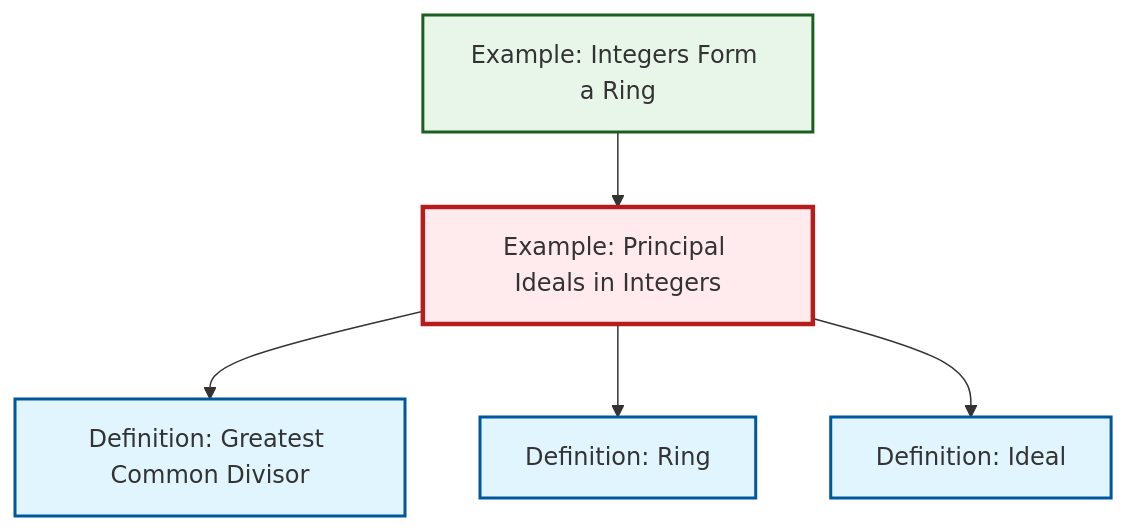
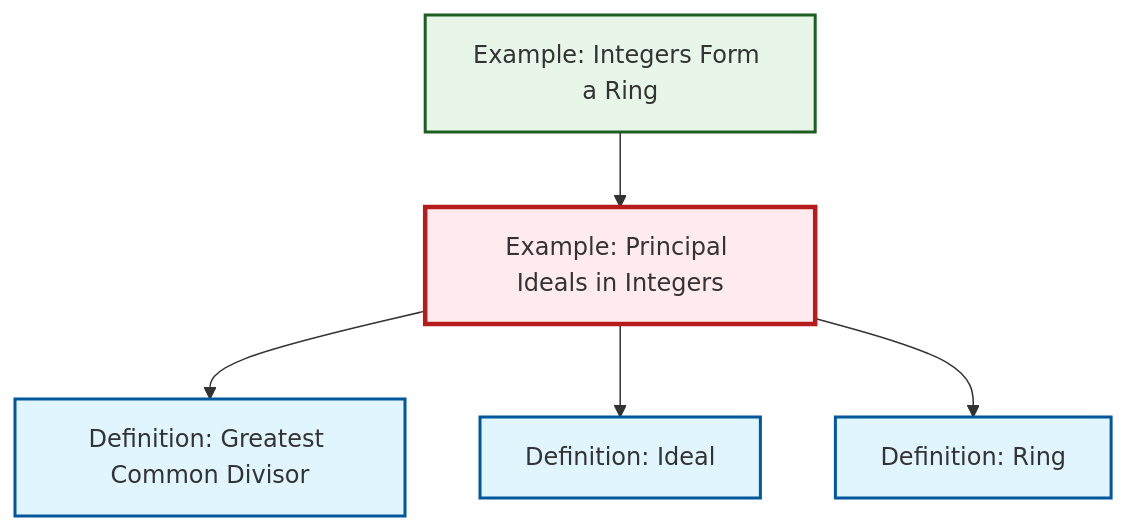
The diagram in content/en/algebra/ex-principal-ideal.qmd (RK0429/ModernMath), drawn with Mermaid before and after one commit. The commit also changed other lines of this file and 474 other files, not shown here.

````diff
--- a/content/en/algebra/ex-principal-ideal.qmd
+++ b/content/en/algebra/ex-principal-ideal.qmd
@@ -63,23 +63,23 @@
 ```{mermaid}
 %%| fig-cap: "Local dependency graph"
 graph TD
     classDef definition fill:#e1f5fe,stroke:#01579b,stroke-width:2px
     classDef theorem fill:#f3e5f5,stroke:#4a148c,stroke-width:2px
     classDef axiom fill:#fff3e0,stroke:#e65100,stroke-width:2px
     classDef example fill:#e8f5e9,stroke:#1b5e20,stroke-width:2px
     classDef current fill:#ffebee,stroke:#b71c1c,stroke-width:3px
-    def-ring["Definition: Ring"]:::definition
+    def-ideal["Definition: Ideal"]:::definition
     def-gcd["Definition: Greatest Common Divisor"]:::definition
     ex-principal-ideal["Example: Principal Ideals in Integers"]:::example
+    def-ring["Definition: Ring"]:::definition
     ex-integers-ring["Example: Integers Form a Ring"]:::example
-    def-ideal["Definition: Ideal"]:::definition
+    ex-integers-ring --> ex-principal-ideal
     ex-principal-ideal --> def-gcd
+    ex-principal-ideal --> def-ideal
     ex-principal-ideal --> def-ring
-    ex-integers-ring --> ex-principal-ideal
-    ex-principal-ideal --> def-ideal
     class ex-principal-ideal current
+    click def-ideal "def-ideal.html" "Go to Ideal definition"
+    click def-gcd "def-gcd.html" "Go to Greatest Common Divisor definition"
     click def-ring "def-ring.html" "Go to Ring definition"
-    click def-gcd "def-gcd.html" "Go to Greatest Common Divisor definition"
     click ex-integers-ring "ex-integers-ring.html" "Go to Integers Form a Ring example"
-    click def-ideal "def-ideal.html" "Go to Ideal definition"
 ```
````
